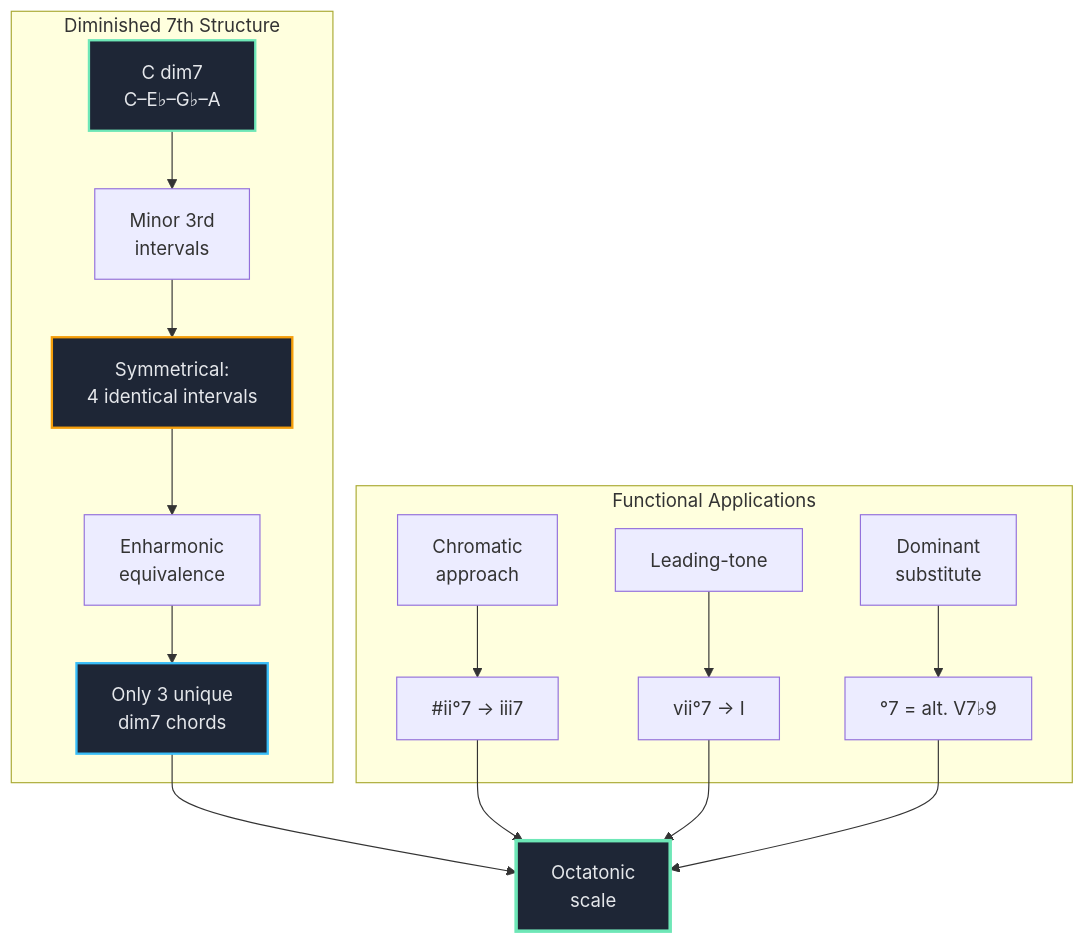
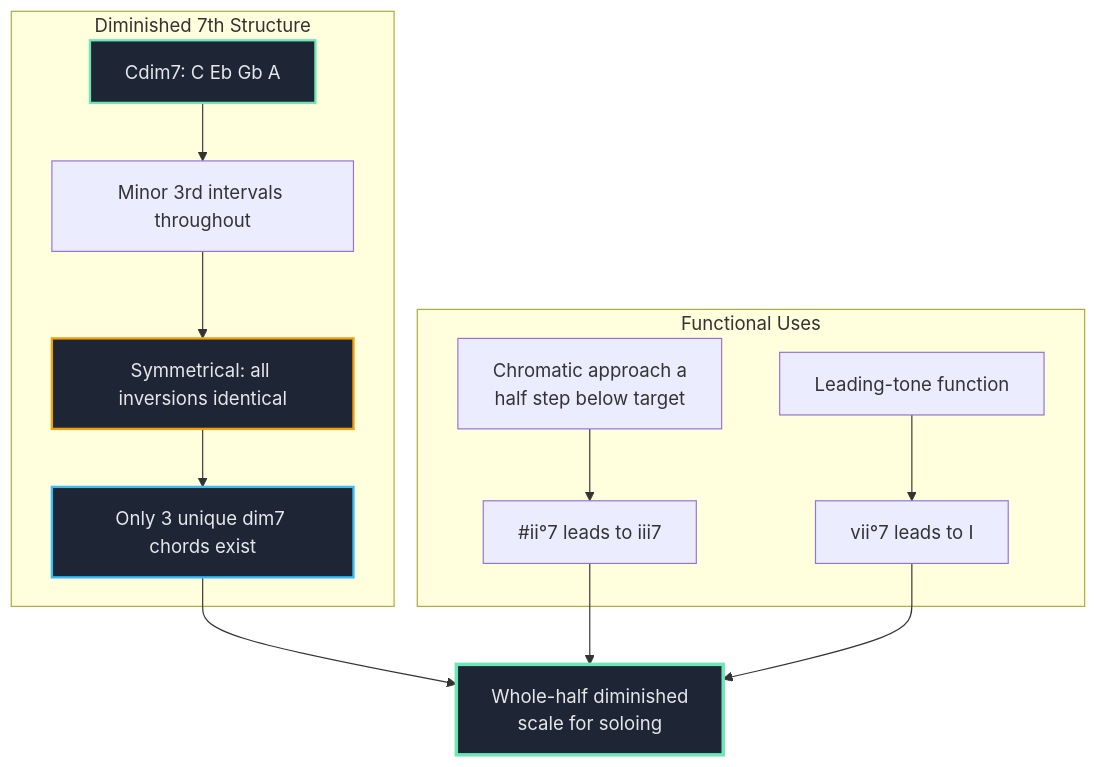
The fourth of 5 diagrams in topics/arts/composition/jazz_harmony/labs.md (blebleblee/synapse), drawn with Mermaid before and after one commit. The commit also changed other lines of this file and 4 other files, not shown here.

````diff
--- a/topics/arts/composition/jazz_harmony/labs.md
+++ b/topics/arts/composition/jazz_harmony/labs.md
@@ -944,25 +416,19 @@
 ```mermaid
 graph TD
     subgraph sub_dim ["Diminished 7th Structure"]
-        A["C dim7<br/>C–E♭–G♭–A"] --> B["Minor 3rd<br/>intervals"]
-        B --> C["Symmetrical:<br/>4 identical intervals"]
-        C --> D["Enharmonic<br/>equivalence"]
-        D --> E["Only 3 unique<br/>dim7 chords"]
+        A["Cdim7: C Eb Gb A"] --> B["Minor 3rd intervals throughout"]
+        B --> C["Symmetrical: all inversions identical"]
+        C --> D["Only 3 unique dim7 chords exist"]
     end
-    
-    subgraph sub_function ["Functional Applications"]
-        F["Chromatic<br/>approach"] --> G["#ii°7 → iii7"]
-        H["Leading-tone"] --> I["vii°7 → I"]
-        J["Dominant<br/>substitute"] --> K["°7 = alt. V7♭9"]
+    subgraph sub_function ["Functional Uses"]
+        E["Chromatic approach a<br/>half step below target"] --> F["#ii°7 leads to iii7"]
+        G["Leading-tone function"] --> H["vii°7 leads to I"]
     end
-    
-    E --> L["Octatonic<br/>scale"]
-    G --> L
-    I --> L
-    K --> L
-    
+    D --> I["Whole-half diminished<br/>scale for soloing"]
+    F --> I
+    H --> I
     style A fill:#1E2636,stroke:#6EE7B7,stroke-width:2px,color:#E5E7EB
     style C fill:#1E2636,stroke:#F59E0B,stroke-width:2px,color:#E5E7EB
-    style E fill:#1E2636,stroke:#38BDF8,stroke-width:2px,color:#E5E7EB
-    style L fill:#1E2636,stroke:#6EE7B7,stroke-width:3px,color:#E5E7EB
+    style D fill:#1E2636,stroke:#38BDF8,stroke-width:2px,color:#E5E7EB
+    style I fill:#1E2636,stroke:#6EE7B7,stroke-width:3px,color:#E5E7EB
 ```
````
